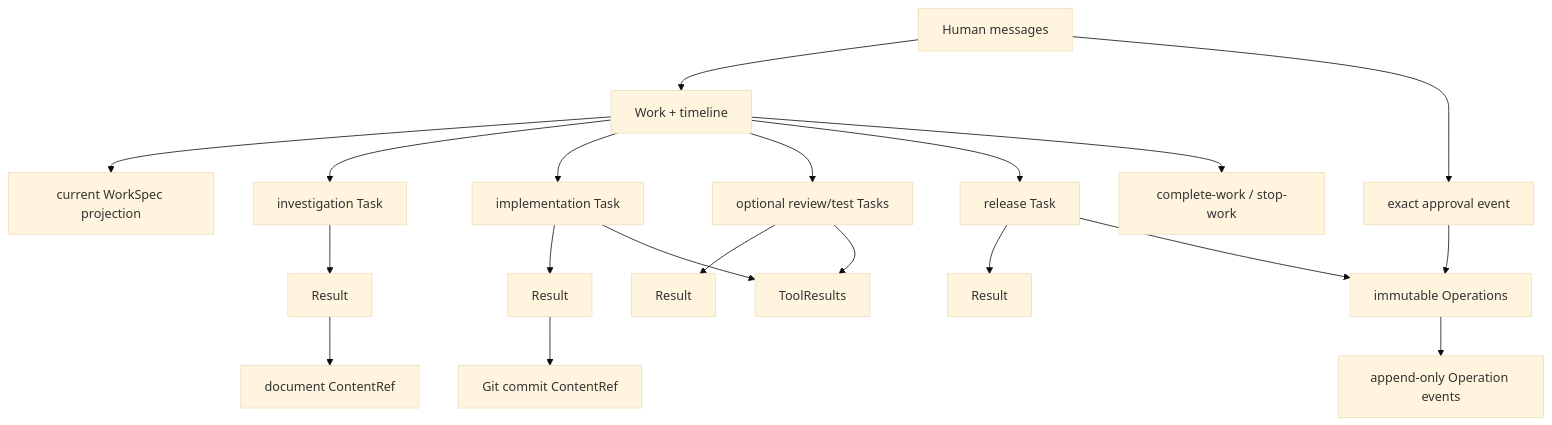
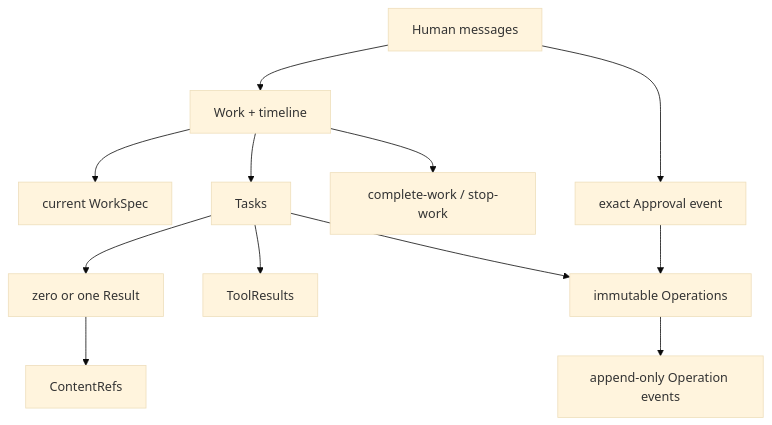
The diagram in docs/design/evidence-backed-team-control-tutorial/14-complete-walkthrough.zh.md (cynos-ai/Tiangong), drawn with Mermaid (base theme) before and after one commit. The commit also changed other lines of this file and 17 other files, not shown here.

````diff
--- a/docs/design/evidence-backed-team-control-tutorial/14-complete-walkthrough.zh.md
+++ b/docs/design/evidence-backed-team-control-tutorial/14-complete-walkthrough.zh.md
@@ -475,22 +222,14 @@
 ```mermaid
 flowchart TD
     H["Human messages"] --> W["Work + timeline"]
-    W --> WS["current WorkSpec projection"]
-    W --> T1["investigation Task"]
-    W --> T2["implementation Task"]
-    W --> T3["optional review/test Tasks"]
-    W --> T4["release Task"]
-    T1 --> R1["Result"]
-    T2 --> R2["Result"]
-    T3 --> R3["Result"]
-    T4 --> R4["Result"]
-    R1 --> CR1["document ContentRef"]
-    R2 --> CR2["Git commit ContentRef"]
-    T2 --> TR["ToolResults"]
-    T3 --> TR
-    T4 --> O["immutable Operations"]
+    W --> WS["current WorkSpec"]
+    W --> T["Tasks"]
+    T --> R["zero or one Result"]
+    R --> CR["ContentRefs"]
+    T --> TR["ToolResults"]
+    T --> O["immutable Operations"]
     O --> OE["append-only Operation events"]
-    H --> AP["exact approval event"]
+    H --> AP["exact Approval event"]
     AP --> O
     W --> END["complete-work / stop-work"]
 ```
````
